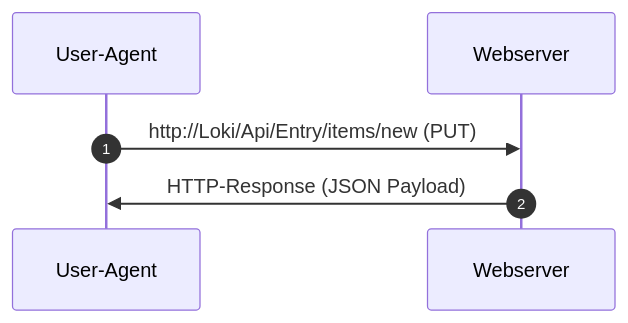
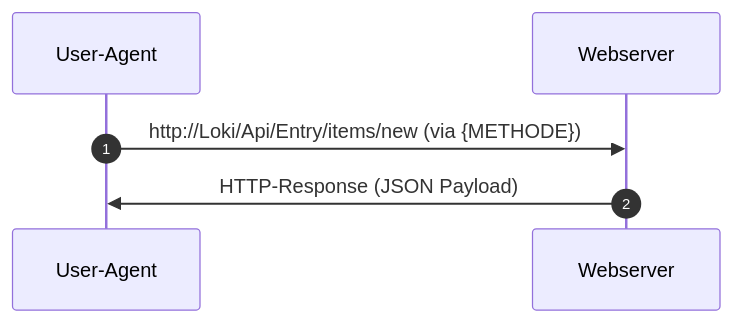
The diagram in net/higher_proto/http.md (nevsglueckauf/WhatsTheStory), drawn with Mermaid before and after one commit. The commit also changed other lines of this file, not shown here.

````diff
--- a/net/higher_proto/http.md
+++ b/net/higher_proto/http.md
@@ -15,7 +15,7 @@
 ```mermaid
 sequenceDiagram
 autonumber
-    User-Agent->>Webserver: http://Loki/Api/Entry/items/new (PUT)
+    User-Agent->>Webserver: http://Loki/Api/Entry/items/new (via {METHODE})
     Webserver->>User-Agent: HTTP-Response (JSON Payload)
 
 ```
````
